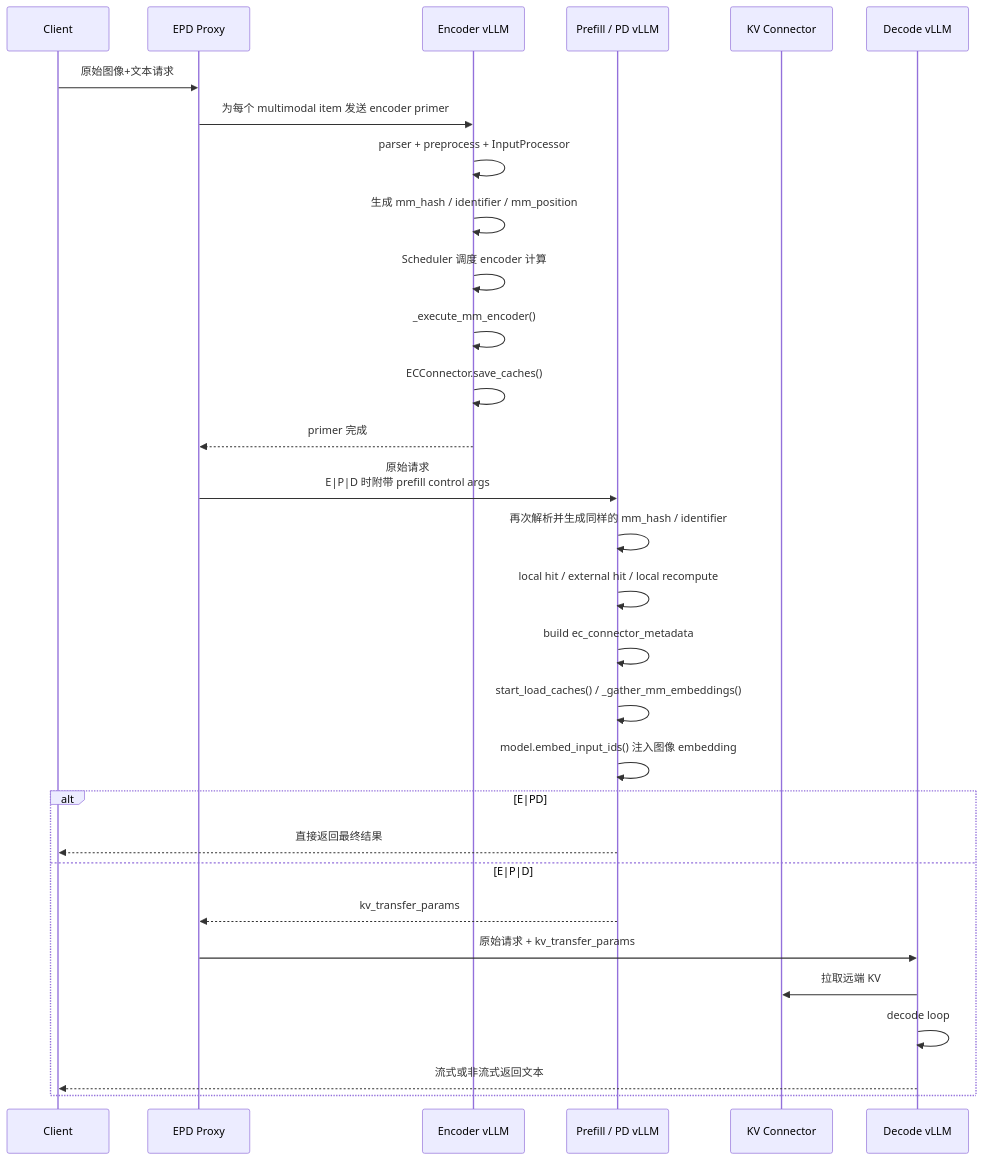
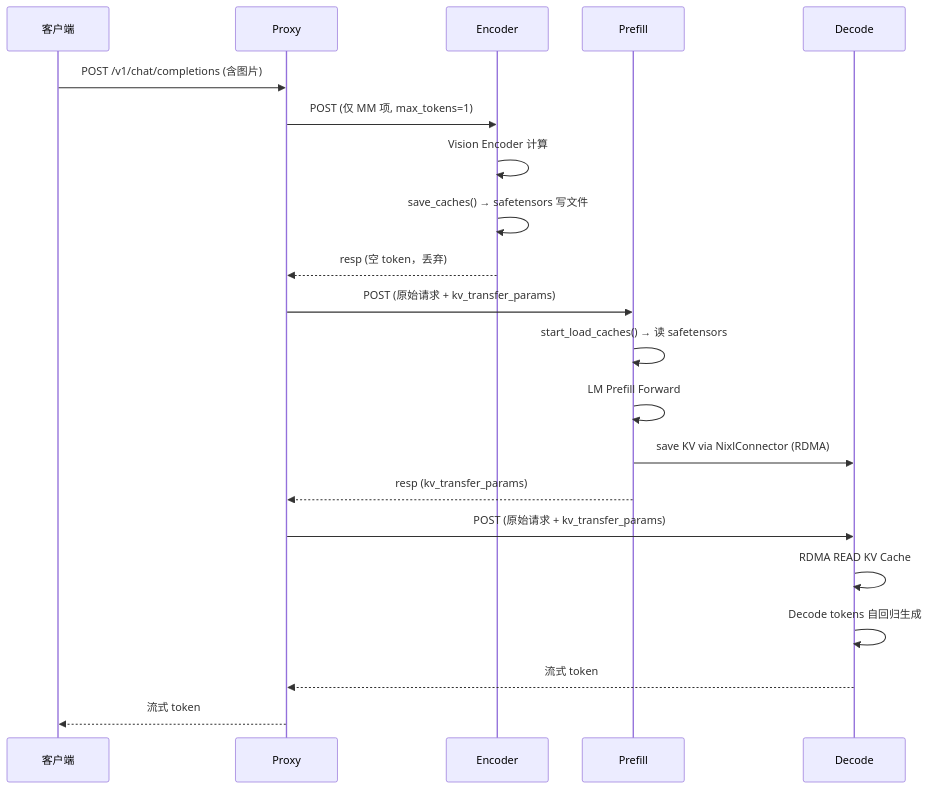
Before and after one commit to yuanlehome/blog: diagram 13 of 18 in src/content/blog/others/inside-vllm-epd-disaggregated-encoder-prefill-decode.md, drawn with Mermaid. The commit also changed other lines of this file, not shown here.

Commit message:
update inside-vllm-epd-disaggregated-encoder-prefill-decode

````diff
--- a/src/content/blog/others/inside-vllm-epd-disaggregated-encoder-prefill-decode.md
+++ b/src/content/blog/others/inside-vllm-epd-disaggregated-encoder-prefill-decode.md
@@ -827,35 +1852,26 @@
 ```mermaid
 sequenceDiagram
-  participant C as Client
-  participant X as EPD Proxy
-  participant E as Encoder vLLM
-  participant P as Prefill / PD vLLM
-  participant K as KV Connector
-  participant D as Decode vLLM
+    participant Client as 客户端
+    participant Proxy as Proxy
+    participant E as Encoder
+    participant P as Prefill
+    participant D as Decode
 
-  C->>X: 原始图像+文本请求
-  X->>E: 为每个 multimodal item 发送 encoder primer
-  E->>E: parser + preprocess + InputProcessor
-  E->>E: 生成 mm_hash / identifier / mm_position
-  E->>E: Scheduler 调度 encoder 计算
-  E->>E: _execute_mm_encoder()
-  E->>E: ECConnector.save_caches()
-  E-->>X: primer 完成
+    Client->>Proxy: POST /v1/chat/completions (含图片)
+    Proxy->>E: POST (仅 MM 项, max_tokens=1)
+    E->>E: Vision Encoder 计算
+    E->>E: save_caches() → safetensors 写文件
+    E-->>Proxy: resp (空 token，丢弃)
 
-  X->>P: 原始请求<br/>E|P|D 时附带 prefill control args
-  P->>P: 再次解析并生成同样的 mm_hash / identifier
-  P->>P: local hit / external hit / local recompute
-  P->>P: build ec_connector_metadata
-  P->>P: start_load_caches() / _gather_mm_embeddings()
-  P->>P: model.embed_input_ids() 注入图像 embedding
+    Proxy->>P: POST (原始请求 + kv_transfer_params)
+    P->>P: start_load_caches() → 读 safetensors
+    P->>P: LM Prefill Forward
+    P->>D: save KV via NixlConnector (RDMA)
+    P-->>Proxy: resp (kv_transfer_params)
 
-  alt E|PD
-    P-->>C: 直接返回最终结果
-  else E|P|D
-    P-->>X: kv_transfer_params
-    X->>D: 原始请求 + kv_transfer_params
-    D->>K: 拉取远端 KV
-    D->>D: decode loop
-    D-->>C: 流式或非流式返回文本
-  end
+    Proxy->>D: POST (原始请求 + kv_transfer_params)
+    D->>D: RDMA READ KV Cache
+    D->>D: Decode tokens 自回归生成
+    D-->>Proxy: 流式 token
+    Proxy-->>Client: 流式 token
 ```
````
